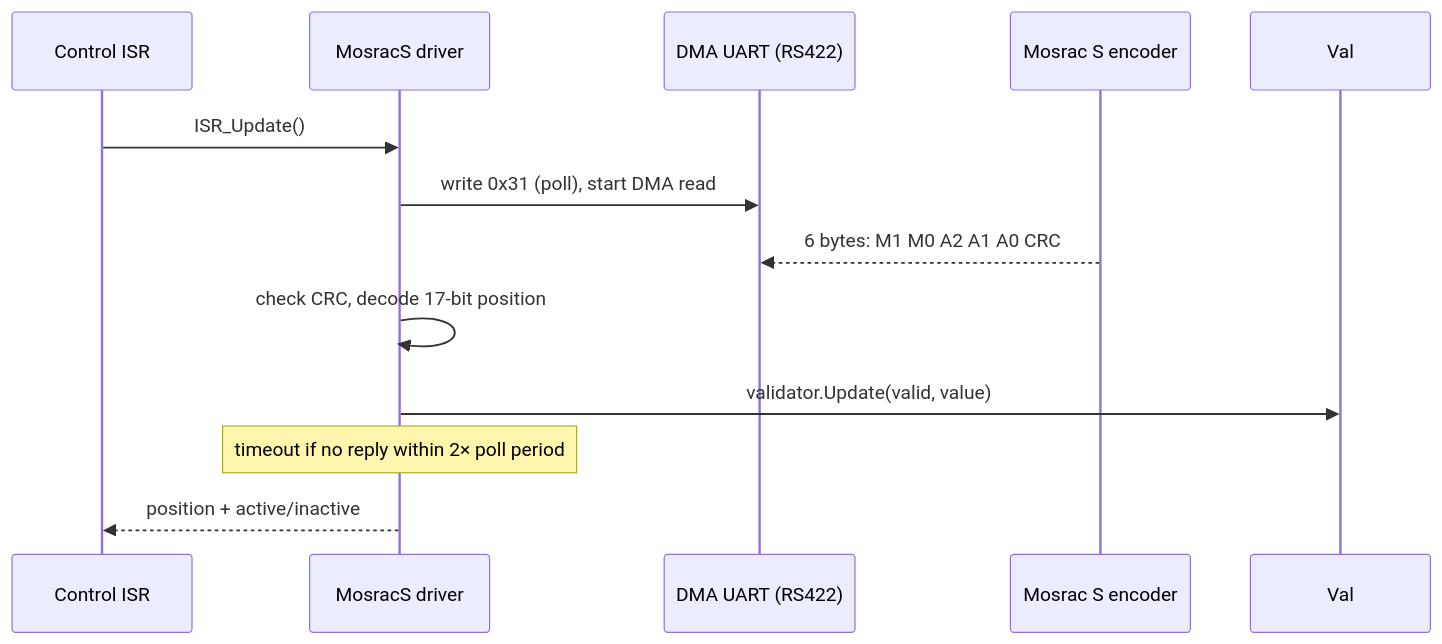
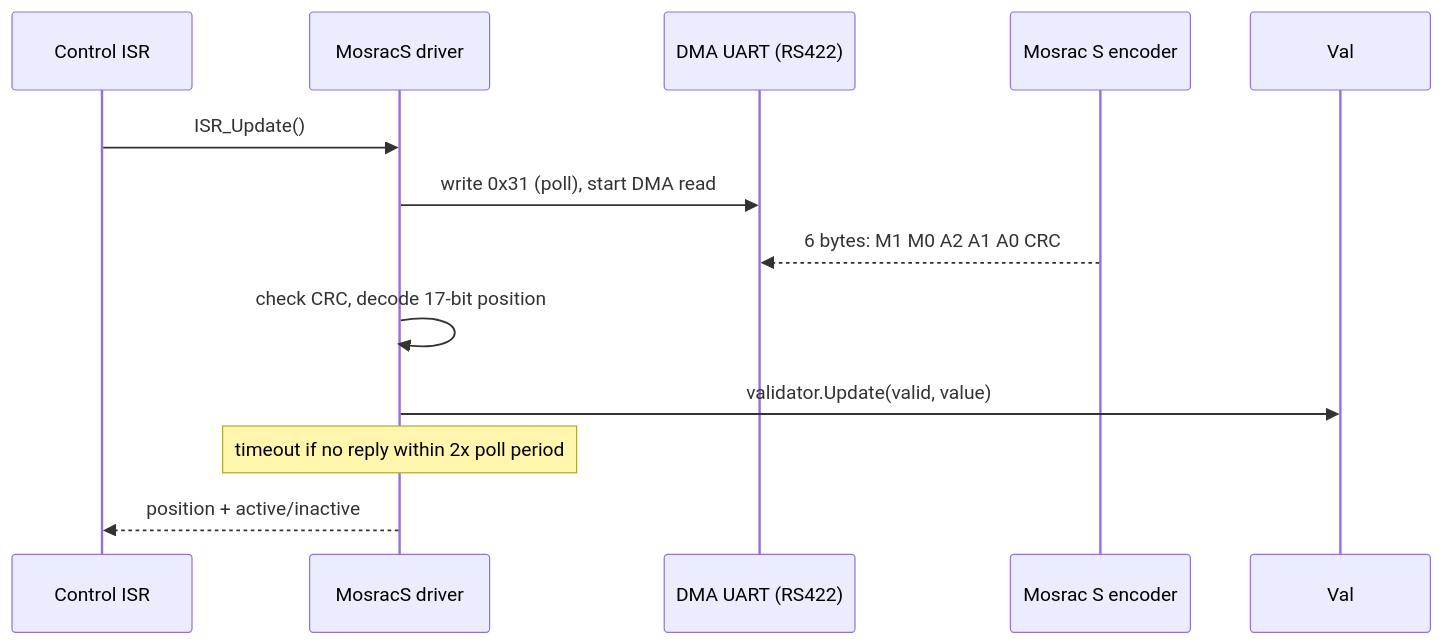
Before and after one commit to ethanmathias/portfolio: the diagram in archibald-moteus/README.md, drawn with Mermaid. The commit also changed other lines of this file and 3 other files, not shown here.

````diff
--- a/archibald-moteus/README.md
+++ b/archibald-moteus/README.md
@@ -27,14 +27,14 @@
 ```mermaid
 sequenceDiagram
     participant ISR as Control ISR
     participant Drv as MosracS driver
     participant U as DMA UART (RS422)
     participant Enc as Mosrac S encoder
     ISR->>Drv: ISR_Update()
     Drv->>U: write 0x31 (poll), start DMA read
     Enc-->>U: 6 bytes: M1 M0 A2 A1 A0 CRC
     Drv->>Drv: check CRC, decode 17-bit position
     Drv->>Val: validator.Update(valid, value)
-    Note over Drv: timeout if no reply within 2× poll period
+    Note over Drv: timeout if no reply within 2x poll period
     Drv-->>ISR: position + active/inactive
 ```
````
